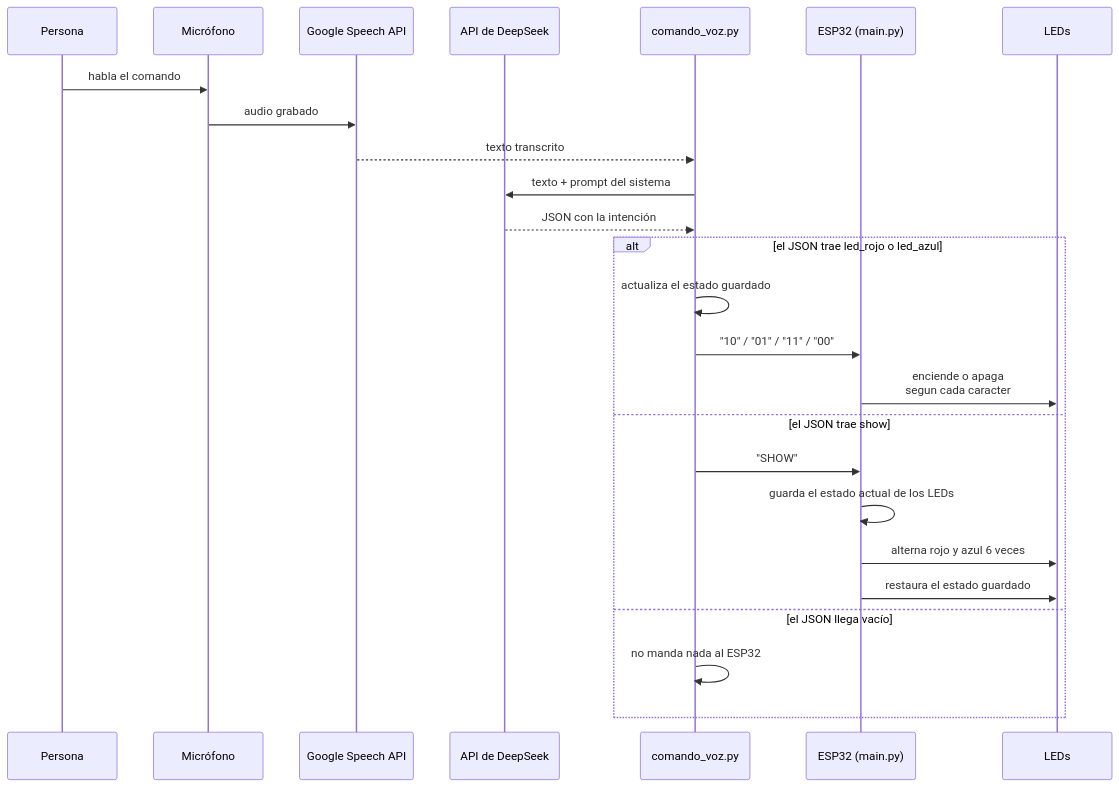
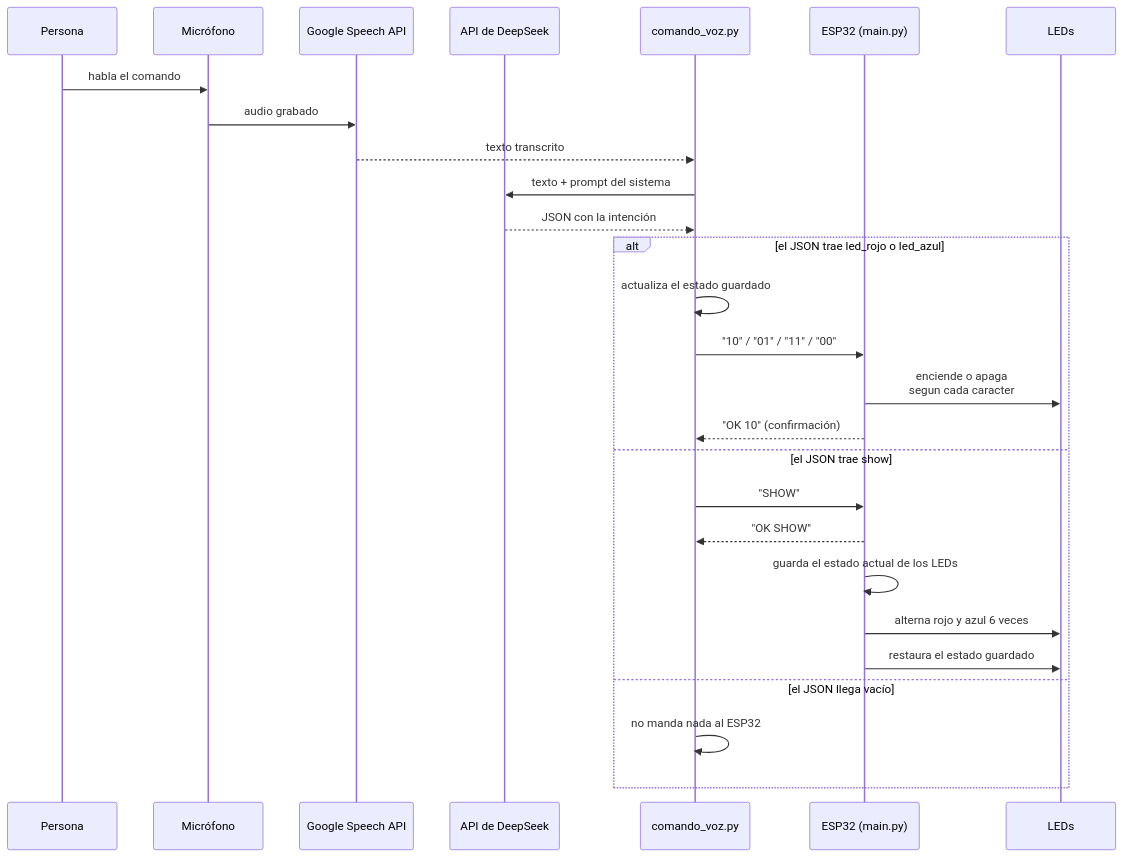
Before and after one commit to Dathinel/Sensores-Teoria: the second of 3 diagrams in 4-chatbot-asistente-voz/README.md, drawn with Mermaid. The commit also changed other lines of this file and 72 other files, not shown here.

````diff
--- a/4-chatbot-asistente-voz/README.md
+++ b/4-chatbot-asistente-voz/README.md
@@ -41,29 +41,31 @@
 ```mermaid
 sequenceDiagram
     participant P as Persona
     participant Mic as Micrófono
     participant G as Google Speech API
     participant DS as API de DeepSeek
     participant PC as comando_voz.py
     participant ESP as ESP32 (main.py)
     participant LEDs as LEDs
 
     P->>Mic: habla el comando
     Mic->>G: audio grabado
     G-->>PC: texto transcrito
     PC->>DS: texto + prompt del sistema
     DS-->>PC: JSON con la intención
 
     alt el JSON trae led_rojo o led_azul
         PC->>PC: actualiza el estado guardado
         PC->>ESP: "10" / "01" / "11" / "00"
         ESP->>LEDs: enciende o apaga<br/>segun cada caracter
+        ESP-->>PC: "OK 10" (confirmación)
     else el JSON trae show
         PC->>ESP: "SHOW"
+        ESP-->>PC: "OK SHOW"
         ESP->>ESP: guarda el estado actual de los LEDs
         ESP->>LEDs: alterna rojo y azul 6 veces
         ESP->>LEDs: restaura el estado guardado
     else el JSON llega vacío
         PC->>PC: no manda nada al ESP32
     end
 ```
````
